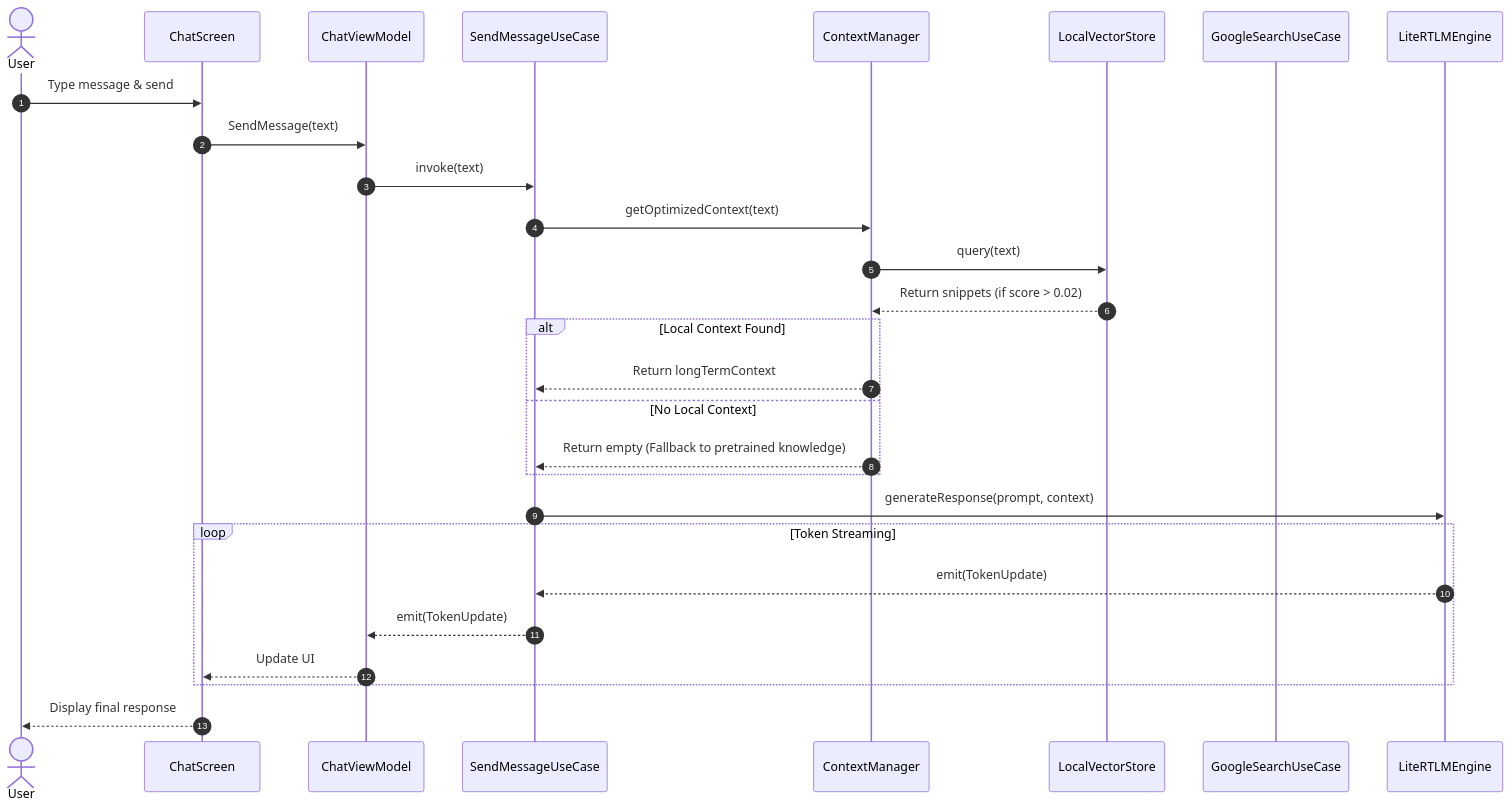
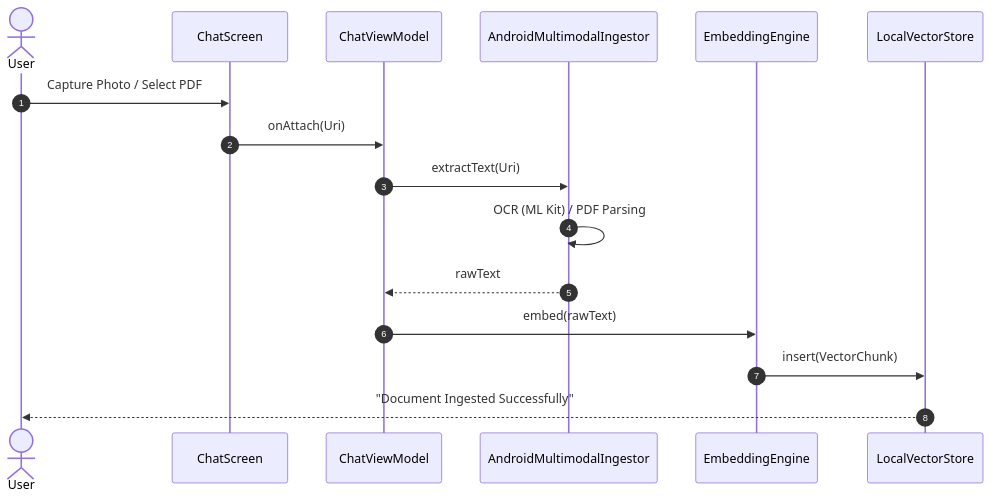
One commit to kallolchakraborty/Chhanda-AI changed the second of 2 diagrams in README.md. Above: the diagram before and after it, drawn with Mermaid. The commit also changed other lines of this file and 17 other files, not shown here.

````diff
--- a/README.md
+++ b/README.md
@@ -119,33 +68,19 @@
 ```mermaid
 sequenceDiagram
     autonumber
     actor User
     participant CS as ChatScreen
     participant VM as ChatViewModel
-    participant UC as SendMessageUseCase
-    participant CM as ContextManager
+    participant ID as AndroidMultimodalIngestor
+    participant EE as EmbeddingEngine
     participant VS as LocalVectorStore
-    participant GS as GoogleSearchUseCase
-    participant LE as LiteRTLMEngine
     
-    User->>CS: Type message & send
-    CS->>VM: SendMessage(text)
-    VM->>UC: invoke(text)
-    UC->>CM: getOptimizedContext(text)
-    CM->>VS: query(text)
-    VS-->>CM: Return snippets (if score > 0.02)
-    
-    alt Local Context Found
-        CM-->>UC: Return longTermContext
-    else No Local Context
-        CM-->>UC: Return empty (Fallback to pretrained knowledge)
-    end
-    
-    UC->>LE: generateResponse(prompt, context)
-    loop Token Streaming
-        LE-->>UC: emit(TokenUpdate)
-        UC-->>VM: emit(TokenUpdate)
-        VM-->>CS: Update UI
-    end
-    CS-->>User: Display final response
+    User->>CS: Capture Photo / Select PDF
+    CS->>VM: onAttach(Uri)
+    VM->>ID: extractText(Uri)
+    ID->>ID: OCR (ML Kit) / PDF Parsing
+    ID-->>VM: rawText
+    VM->>EE: embed(rawText)
+    EE->>VS: insert(VectorChunk)
+    VS-->>User: "Document Ingested Successfully"
 ```
````
